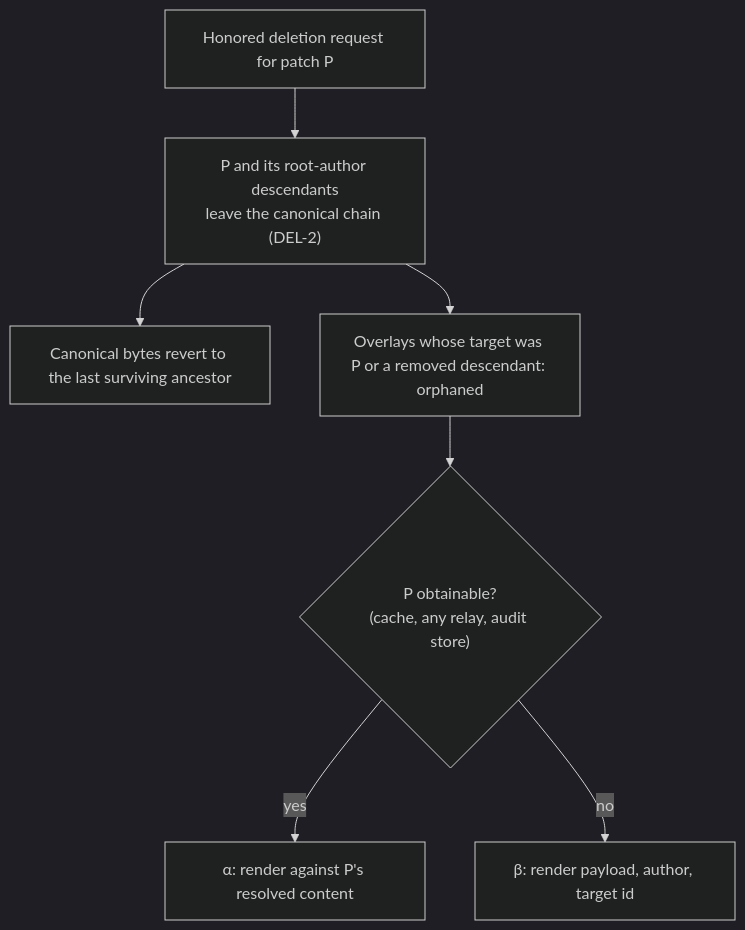
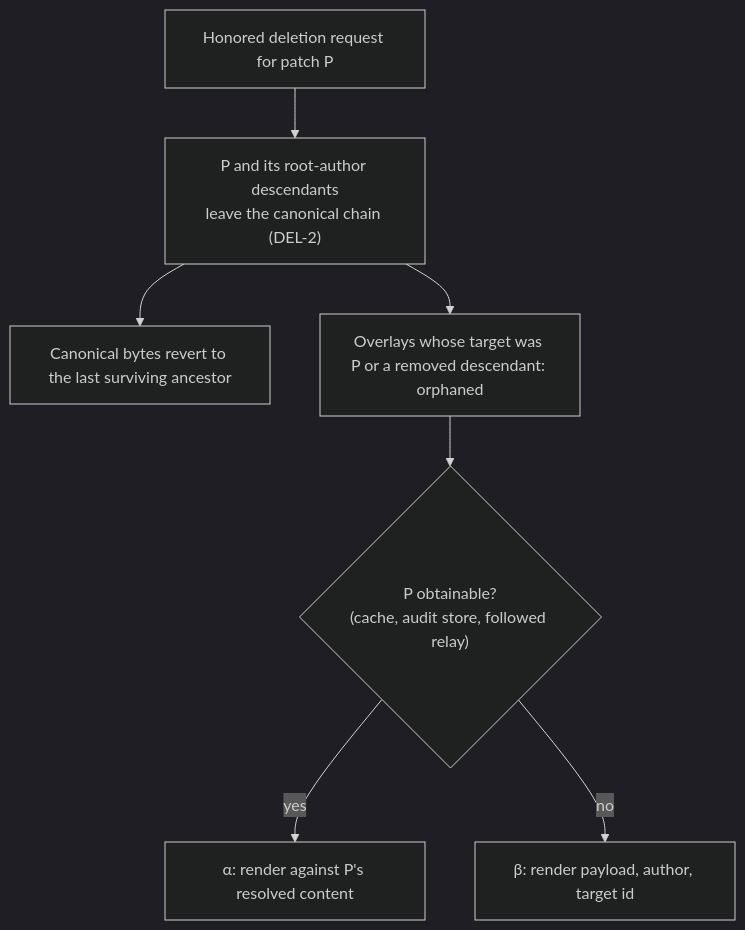
One commit to crocs-muni/scrutiny-fabric changed the eighth of 9 diagrams in docs/protocol-spec.md. Above: the diagram before and after it, drawn with Mermaid (dark theme). The commit also changed other lines of this file and 2 other files, not shown here.

Commit message:
docs(spec): resolve review findings on the rebased specification (patch payload wording, tip after HALT, overlay states, held and pending, obtainable targets, changelog)

````diff
--- a/docs/protocol-spec.md
+++ b/docs/protocol-spec.md
@@ -729,9 +729,9 @@
 ```mermaid
 flowchart TD
     DEL["Honored deletion request for patch P"] --> CAS["P and its root-author descendants<br/>leave the canonical chain (DEL-2)"]
     CAS --> BYTES["Canonical bytes revert to the last surviving ancestor"]
     CAS --> OVL["Overlays whose target was P or a removed descendant: orphaned"]
-    OVL --> Q{"P obtainable?<br/>(cache, any relay, audit store)"}
+    OVL --> Q{"P obtainable?<br/>(cache, audit store, followed relay)"}
     Q -->|yes| ALPHA["α: render against P's resolved content"]
     Q -->|no| BETA["β: render payload, author, target id"]
 ```
````
